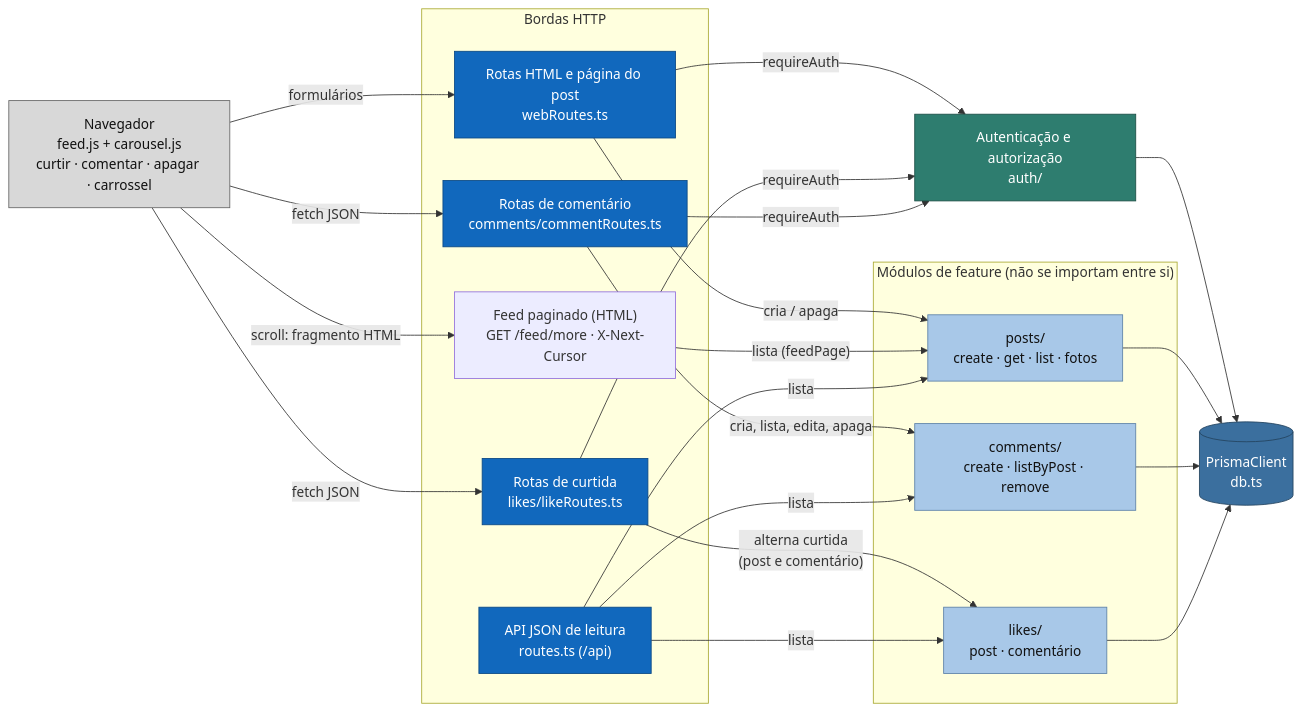
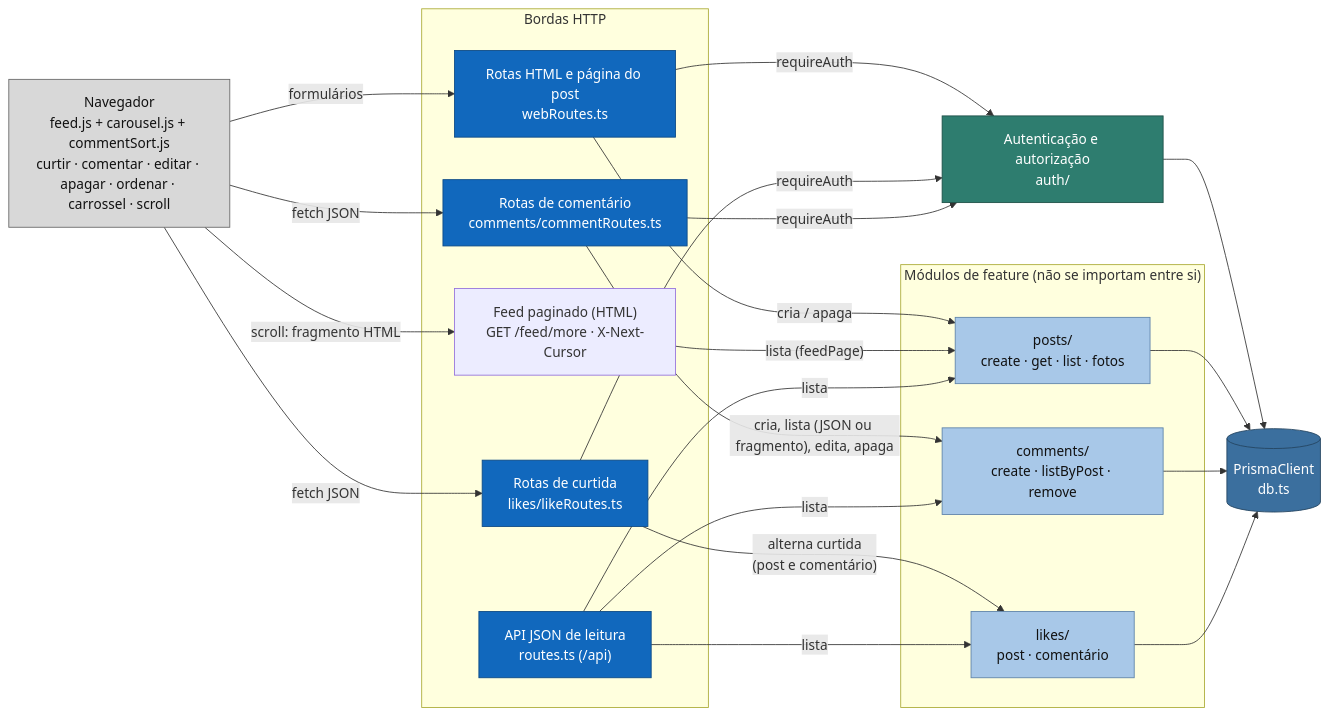
The third of 4 diagrams in docs/arquitetura/c4.md (robertoSilva-ux/redesocial), drawn with Mermaid before and after one commit. The commit also changed other lines of this file and 11 other files, not shown here.

First line of the commit message:
feat(comments): ordenar comentarios por curtidas e alternar na pagina do post (E6b-2)

````diff
--- a/docs/arquitetura/c4.md
+++ b/docs/arquitetura/c4.md
@@ -90,48 +90,48 @@
 ```mermaid
 flowchart LR
-  nav["Navegador<br/>feed.js + carousel.js<br/>curtir · comentar · apagar · carrossel"]:::externo
+  nav["Navegador<br/>feed.js + carousel.js + commentSort.js<br/>curtir · comentar · editar · apagar · ordenar · carrossel · scroll"]:::externo
 
   subgraph bordas["Bordas HTTP"]
     web["Rotas HTML e página do post<br/>webRoutes.ts"]
     inter["Rotas de curtida<br/>likes/likeRoutes.ts"]
     com["Rotas de comentário<br/>comments/commentRoutes.ts"]:::borda
     api["API JSON de leitura<br/>routes.ts (/api)"]
     mais["Feed paginado (HTML)<br/>GET /feed/more · X-Next-Cursor"]
   end
 
   subgraph modulos["Módulos de feature (não se importam entre si)"]
     posts["posts/<br/>create · get · list · fotos"]
     comments["comments/<br/>create · listByPost · remove"]
     likes["likes/<br/>post · comentário"]
   end
 
   auth["Autenticação e autorização<br/>auth/"]:::transversal
   db[("PrismaClient<br/>db.ts")]:::dados
 
   nav -->|"formulários"| web
   nav -->|"fetch JSON"| inter
   nav -->|"fetch JSON"| com
   nav -->|"scroll: fragmento HTML"| mais
   web -->|"requireAuth"| auth
   inter -->|"requireAuth"| auth
   com -->|"requireAuth"| auth
   web -->|"cria / apaga"| posts
   inter -->|"alterna curtida<br/>(post e comentário)"| likes
-  com -->|"cria, lista, edita, apaga"| comments
+  com -->|"cria, lista (JSON ou fragmento), edita, apaga"| comments
   mais -->|"lista (feedPage)"| posts
   api -->|"lista"| posts
   api -->|"lista"| comments
   api -->|"lista"| likes
   auth --> db
   posts --> db
   comments --> db
   likes --> db
 
   classDef externo fill:#d8d8d8,stroke:#666,color:#111
   classDef borda fill:#1168bd,stroke:#0b4884,color:#fff
   classDef modulo fill:#a8c8e8,stroke:#5d82a8,color:#111
   classDef transversal fill:#2e7d6f,stroke:#1d4f46,color:#fff
   classDef dados fill:#3b6f9e,stroke:#24445f,color:#fff
   class web,inter,api borda
   class posts,comments,likes modulo
 ```
````
